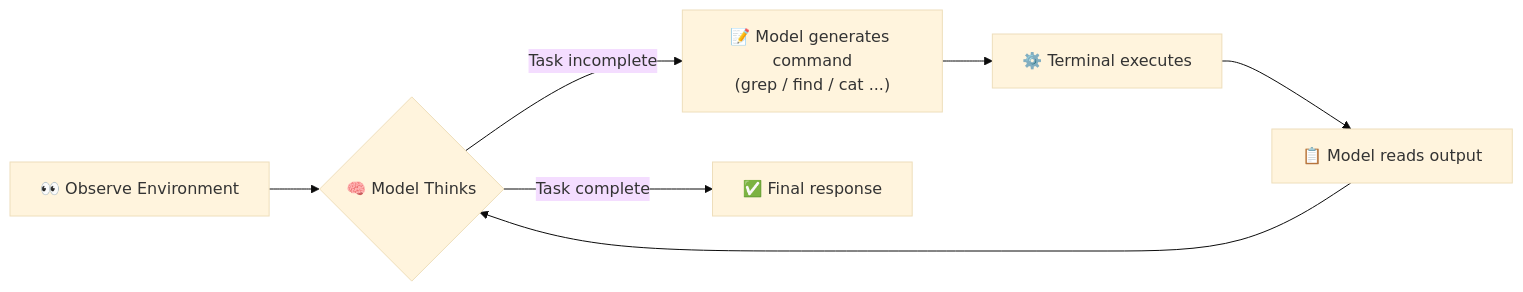
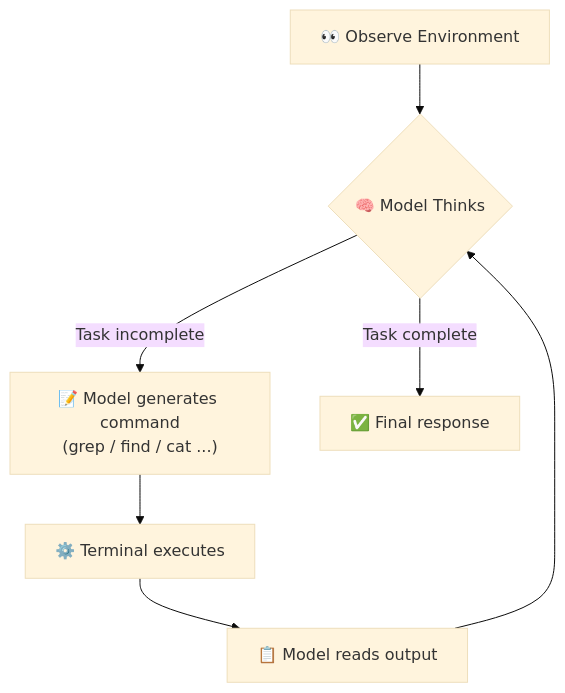
The diagram in src/content/posts/en/claude-code-vs-cursor.mdx (fEyebrow/vibe-coding-diary), drawn with Mermaid (base theme) before and after one commit. The commit also changed 8 other files, not shown here.

First line of the commit message:
add build-time mermaid rendering with custom remark plugin + mermaid-isomorphic

````diff
--- a/src/content/posts/en/claude-code-vs-cursor.mdx
+++ b/src/content/posts/en/claude-code-vs-cursor.mdx
@@ -9,9 +9,9 @@
 ```mermaid
-flowchart LR
+flowchart TD
     A["👀 Observe Environment"] --> B{"🧠 Model Thinks"}
     B -- "Task incomplete" --> C["📝 Model generates command\n(grep / find / cat ...)"]
     C --> D["⚙️ Terminal executes"]
     D --> E["📋 Model reads output"]
     E --> B
     B -- "Task complete" --> F["✅ Final response"]
 ```
````
